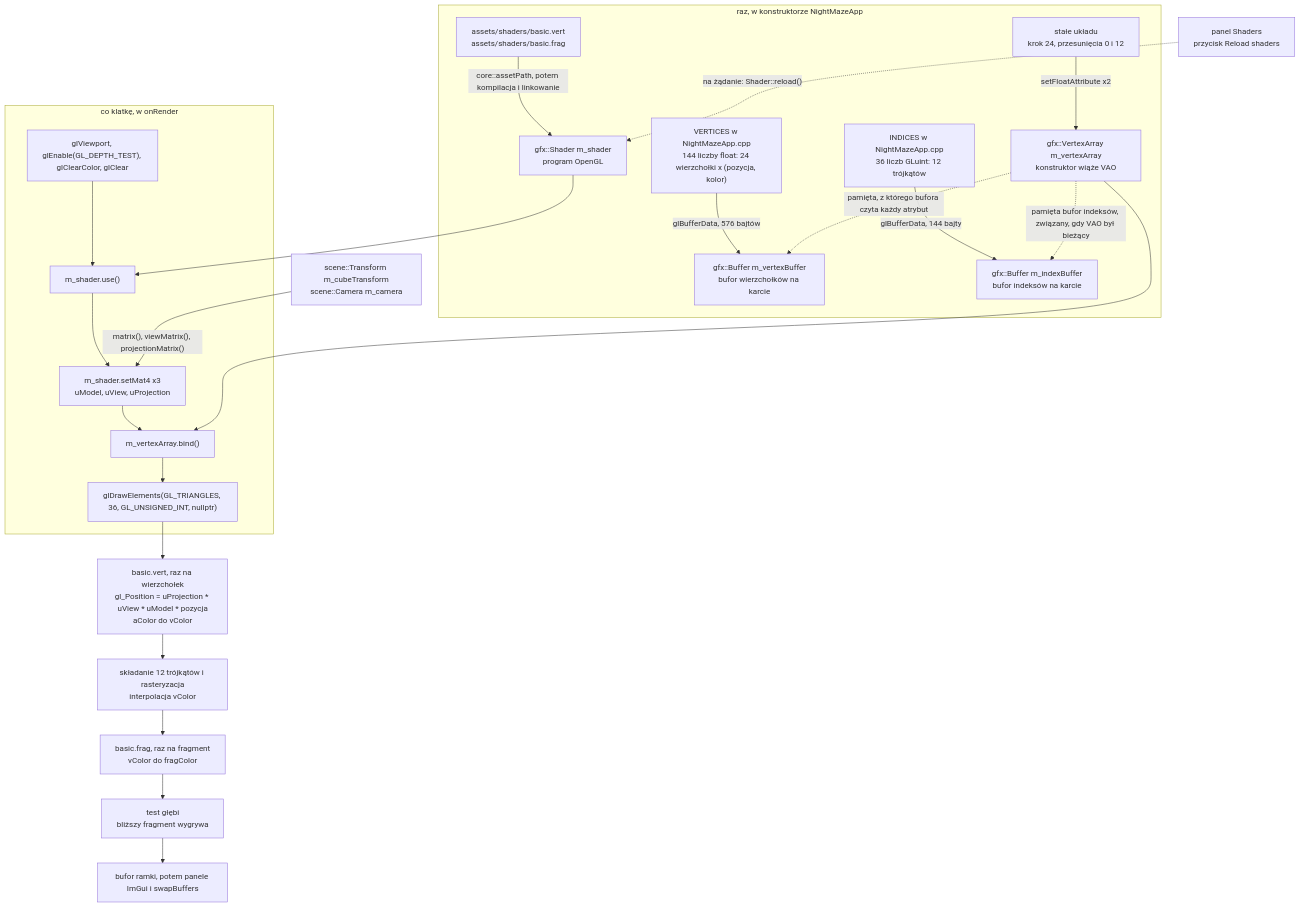
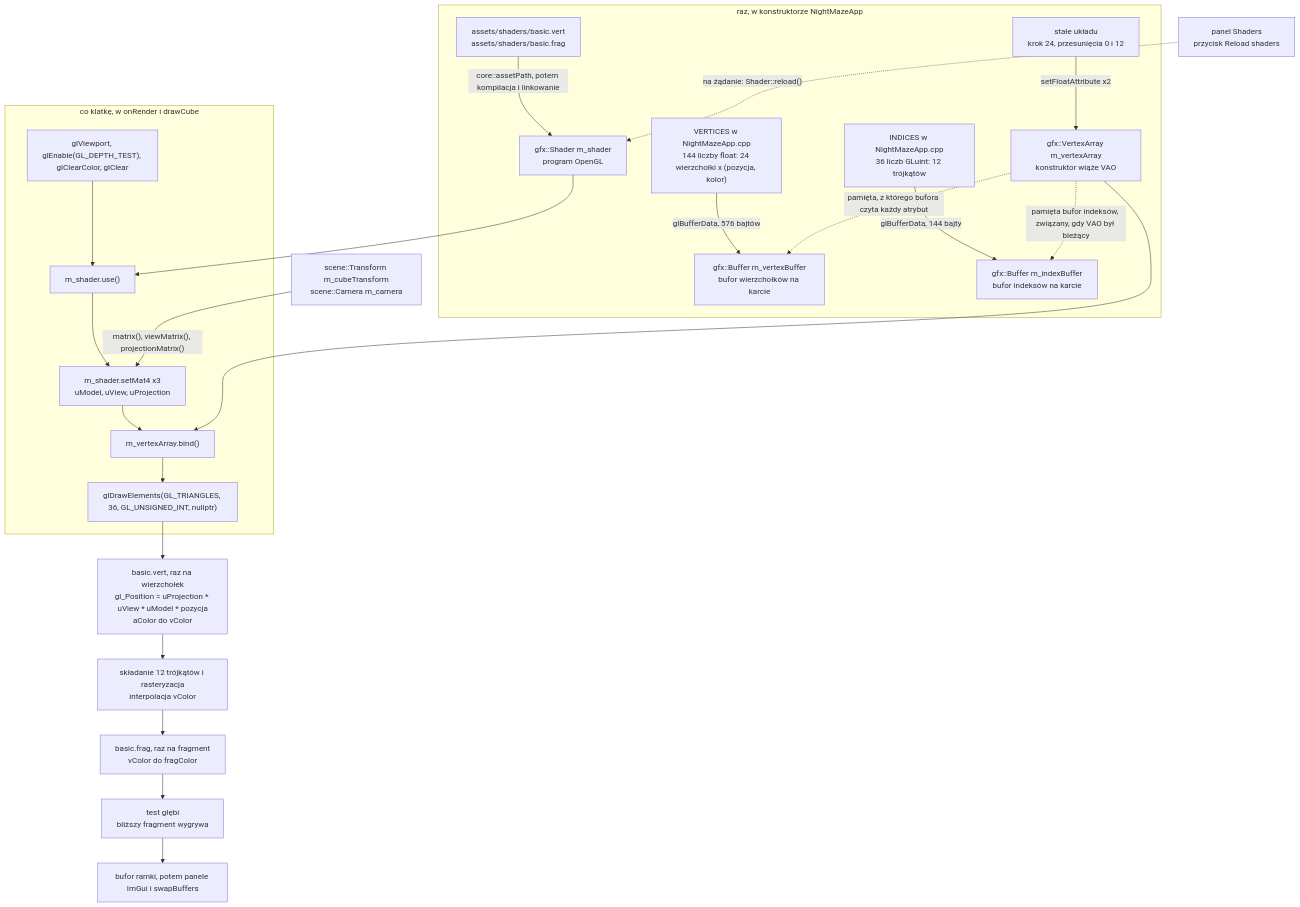
Before and after one commit to Shironex/night-maze: the fourth of 4 diagrams in docs/modules/gfx/README.md, drawn with Mermaid. The commit also changed other lines of this file and 41 other files, not shown here.

````diff
--- a/docs/modules/gfx/README.md
+++ b/docs/modules/gfx/README.md
@@ -168,27 +179,27 @@
 ```mermaid
 flowchart TD
     subgraph Start["raz, w konstruktorze NightMazeApp"]
         Files["assets/shaders/basic.vert<br/>assets/shaders/basic.frag"] -->|"core::assetPath, potem kompilacja i linkowanie"| Shader["gfx::Shader m_shader<br/>program OpenGL"]
         Vao["gfx::VertexArray m_vertexArray<br/>konstruktor wiąże VAO"]
         Vertices["VERTICES w NightMazeApp.cpp<br/>144 liczby float: 24 wierzchołki x (pozycja, kolor)"] -->|"glBufferData, 576 bajtów"| Buffer["gfx::Buffer m_vertexBuffer<br/>bufor wierzchołków na karcie"]
         Indices["INDICES w NightMazeApp.cpp<br/>36 liczb GLuint: 12 trójkątów"] -->|"glBufferData, 144 bajty"| Ebo["gfx::Buffer m_indexBuffer<br/>bufor indeksów na karcie"]
         Layout["stałe układu<br/>krok 24, przesunięcia 0 i 12"] -->|"setFloatAttribute x2"| Vao
         Vao -. "pamięta, z którego bufora czyta każdy atrybut" .-> Buffer
         Vao -. "pamięta bufor indeksów, związany, gdy VAO był bieżący" .-> Ebo
     end
-    subgraph Frame["co klatkę, w onRender"]
+    subgraph Frame["co klatkę, w onRender i drawCube"]
         Clear["glViewport, glEnable(GL_DEPTH_TEST), glClearColor, glClear"] --> Use["m_shader.use()"]
         Use --> Mats["m_shader.setMat4 x3<br/>uModel, uView, uProjection"]
         Mats --> Bind["m_vertexArray.bind()"]
         Bind --> Draw["glDrawElements(GL_TRIANGLES, 36, GL_UNSIGNED_INT, nullptr)"]
     end
     Scene["scene::Transform m_cubeTransform<br/>scene::Camera m_camera"] -->|"matrix(), viewMatrix(), projectionMatrix()"| Mats
     Shader --> Use
     Vao --> Bind
     Draw --> VS["basic.vert, raz na wierzchołek<br/>gl_Position = uProjection * uView * uModel * pozycja<br/>aColor do vColor"]
     VS --> Rast["składanie 12 trójkątów i rasteryzacja<br/>interpolacja vColor"]
     Rast --> FS["basic.frag, raz na fragment<br/>vColor do fragColor"]
     FS --> Depth["test głębi<br/>bliższy fragment wygrywa"]
     Depth --> FB["bufor ramki, potem panele ImGui i swapBuffers"]
     Reload["panel Shaders<br/>przycisk Reload shaders"] -. "na żądanie: Shader::reload()" .-> Shader
 ```
````
